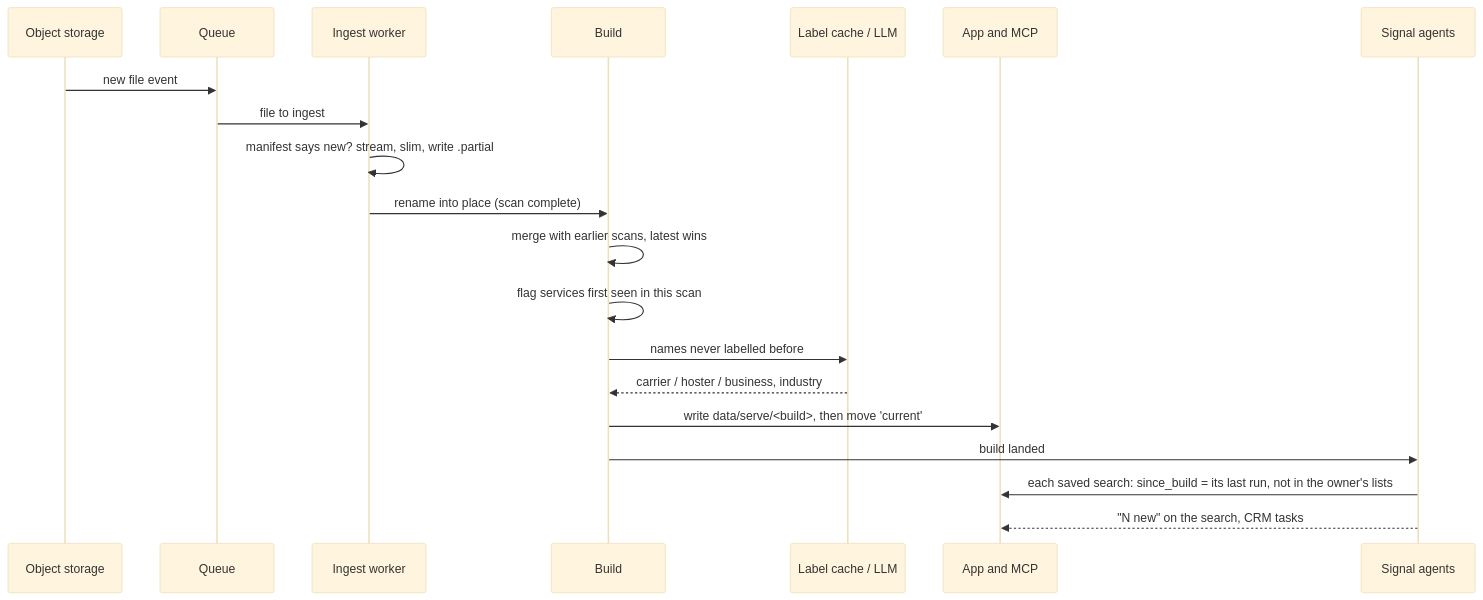
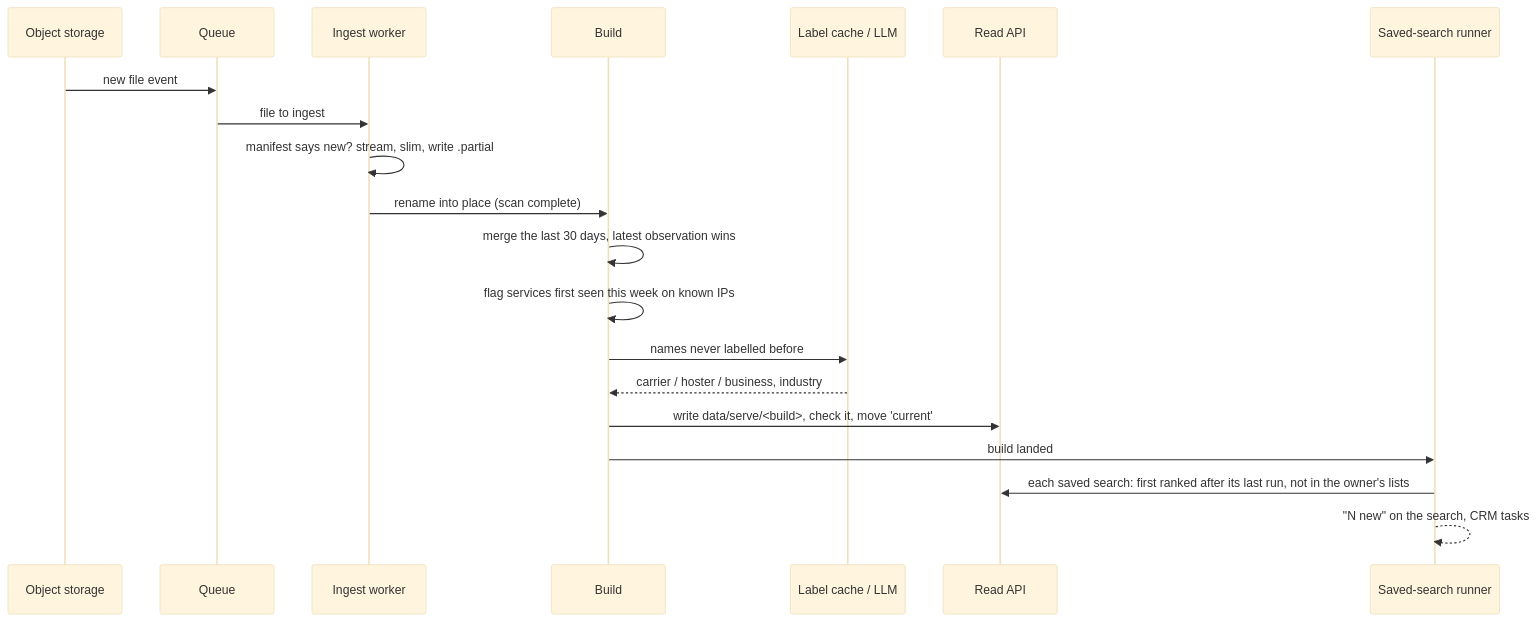
Before and after one commit to SahilChoudhary22/recon-sales-intelligence: the fourth of 6 diagrams in docs/architecture.md, drawn with Mermaid (base theme). The commit also changed other lines of this file and 14 other files, not shown here.

````diff
--- a/docs/architecture.md
+++ b/docs/architecture.md
@@ -92,22 +108,22 @@
 ```mermaid
 sequenceDiagram
   participant Store as Object storage
   participant Q as Queue
   participant W as Ingest worker
   participant B as Build
   participant L as Label cache / LLM
-  participant A as App and MCP
-  participant S as Signal agents
+  participant A as Read API
+  participant S as Saved-search runner
   Store->>Q: new file event
   Q->>W: file to ingest
   W->>W: manifest says new? stream, slim, write .partial
   W->>B: rename into place (scan complete)
-  B->>B: merge with earlier scans, latest wins
-  B->>B: flag services first seen in this scan
+  B->>B: merge the last 30 days, latest observation wins
+  B->>B: flag services first seen this week on known IPs
   B->>L: names never labelled before
   L-->>B: carrier / hoster / business, industry
-  B->>A: write data/serve/<build>, then move 'current'
+  B->>A: write data/serve/<build>, check it, move 'current'
   B->>S: build landed
-  S->>A: each saved search: since_build = its last run, not in the owner's lists
-  S-->>A: "N new" on the search, CRM tasks
+  S->>A: each saved search: first ranked after its last run, not in the owner's lists
+  S-->>S: "N new" on the search, CRM tasks
 ```
````
